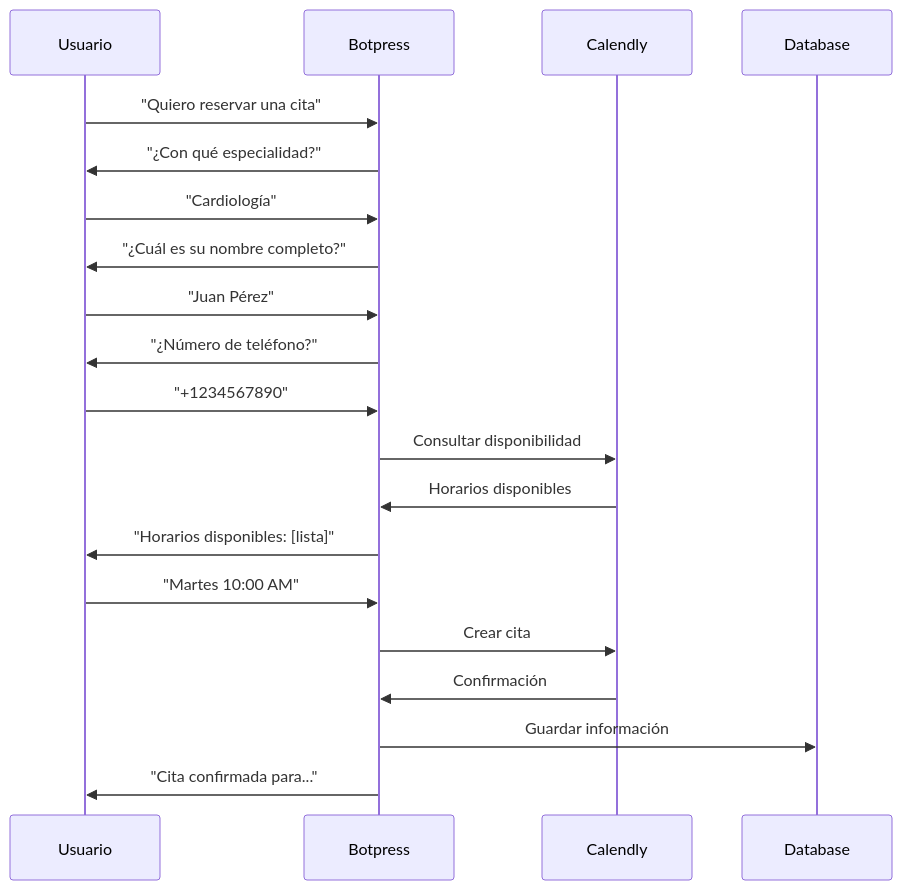
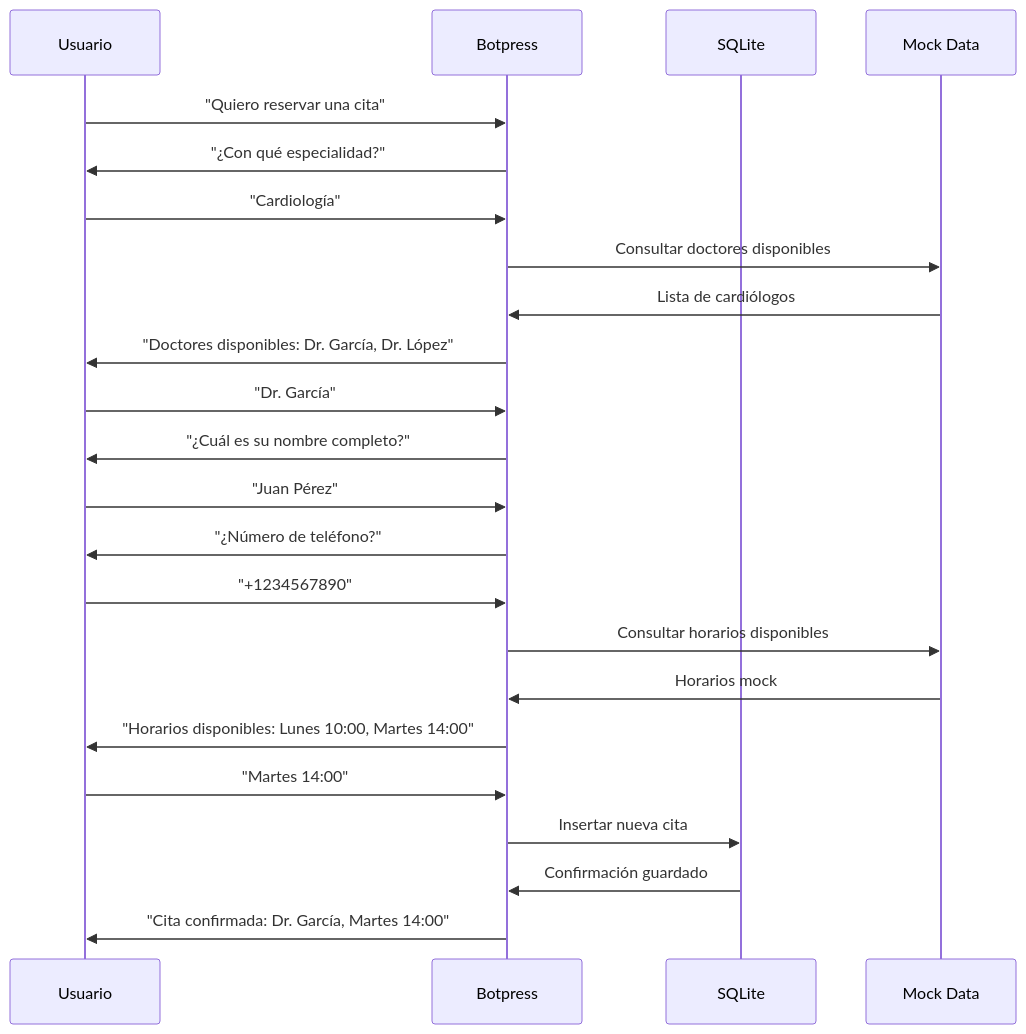
The fourth of 6 diagrams in chatbot_design_document.md (horacefonseca/ped_ass_chatbot), drawn with Mermaid before and after one commit. The commit also changed other lines of this file and 14 other files, not shown here.

````diff
--- a/chatbot_design_document.md
+++ b/chatbot_design_document.md
@@ -246,23 +240,26 @@
 ```mermaid
 sequenceDiagram
     participant U as Usuario
     participant B as Botpress
-    participant C as Calendly
-    participant D as Database
+    participant DB as SQLite
+    participant M as Mock Data
     
     U->>B: "Quiero reservar una cita"
     B->>U: "¿Con qué especialidad?"
-    U->>B: "Cardiología"
+    U->>B: "Cardiología" 
+    B->>M: Consultar doctores disponibles
+    M->>B: Lista de cardiólogos
+    B->>U: "Doctores disponibles: Dr. García, Dr. López"
+    U->>B: "Dr. García"
     B->>U: "¿Cuál es su nombre completo?"
     U->>B: "Juan Pérez"
     B->>U: "¿Número de teléfono?"
     U->>B: "+1234567890"
-    B->>C: Consultar disponibilidad
-    C->>B: Horarios disponibles
-    B->>U: "Horarios disponibles: [lista]"
-    U->>B: "Martes 10:00 AM"
-    B->>C: Crear cita
-    C->>B: Confirmación
-    B->>D: Guardar información
-    B->>U: "Cita confirmada para..."
+    B->>M: Consultar horarios disponibles
+    M->>B: Horarios mock
+    B->>U: "Horarios disponibles: Lunes 10:00, Martes 14:00"
+    U->>B: "Martes 14:00"
+    B->>DB: Insertar nueva cita
+    DB->>B: Confirmación guardado
+    B->>U: "Cita confirmada: Dr. García, Martes 14:00"
 ```
````
